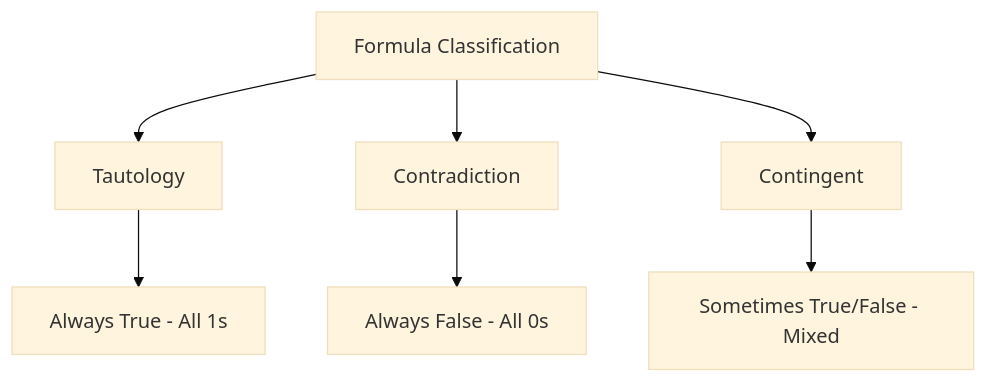
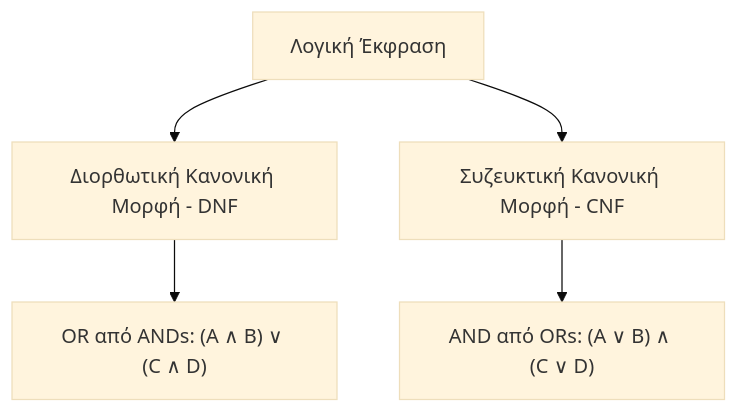
The fifth of 5 diagrams in Year_1/Semester_2/DISCRETE_MATHEMATICS/Resources/Notes/5_Propositional Logic.md (PanagopoulosNikolaos/DitOpenNotes), drawn with Mermaid (base theme) before and after one commit. The commit also changed other lines of this file and 8 other files, not shown here.

````diff
--- a/Year_1/Semester_2/DISCRETE_MATHEMATICS/Resources/Notes/5_Propositional Logic.md
+++ b/Year_1/Semester_2/DISCRETE_MATHEMATICS/Resources/Notes/5_Propositional Logic.md
@@ -163,9 +312,7 @@
 ```mermaid
 graph TD
-    A[Formula Classification] --> B[Tautology]
-    A --> C[Contradiction]
-    A --> D[Contingent]
-    B --> E[Always True - All 1s]
-    C --> F[Always False - All 0s]
-    D --> G[Sometimes True/False - Mixed]
+    A[Λογική Έκφραση] --> B[Διορθωτική Κανονική Μορφή - DNF]
+    A --> C[Συζευκτική Κανονική Μορφή - CNF]
+    B --> D["OR από ANDs: (A ∧ B) ∨ (C ∧ D)"]
+    C --> E["AND από ORs: (A ∨ B) ∧ (C ∨ D)"]
 ```
````
